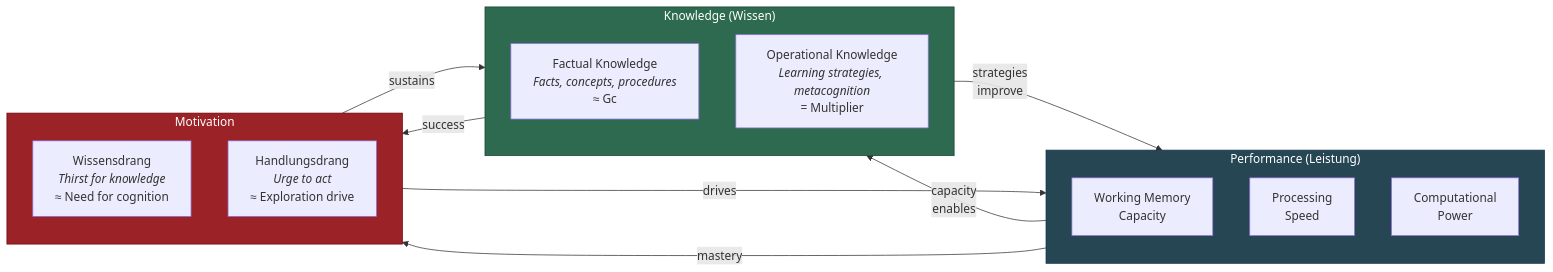
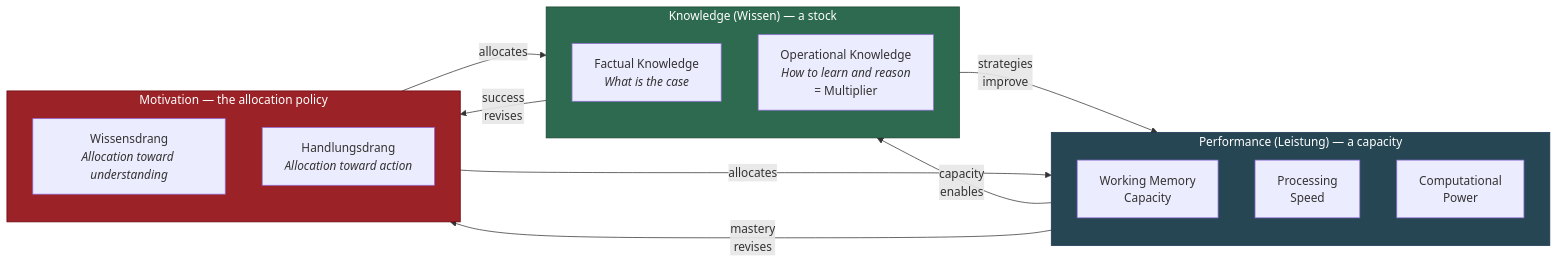
One commit to JeltzProstetnic/aIware changed the diagram in wiki/intelligence/three-components.md. Above: the diagram before and after it, drawn with Mermaid. The commit also changed other lines of this file and 124 other files, not shown here.

````diff
--- a/wiki/intelligence/three-components.md
+++ b/wiki/intelligence/three-components.md
@@ -43,32 +56,32 @@
 ```mermaid
 graph LR
-    subgraph K["Knowledge (Wissen)"]
-        direction TB
-        FK["Factual Knowledge<br/><i>Facts, concepts, procedures</i><br/>≈ Gc"]
-        OK["Operational Knowledge<br/><i>Learning strategies, metacognition</i><br/>= Multiplier"]
-    end
-
-    subgraph P["Performance (Leistung)"]
+    subgraph P["Performance (Leistung) — a capacity"]
         direction TB
         WM["Working Memory<br/>Capacity"]
         PS["Processing<br/>Speed"]
         CP["Computational<br/>Power"]
     end
 
-    subgraph M["Motivation"]
+    subgraph K["Knowledge (Wissen) — a stock"]
         direction TB
-        WD["Wissensdrang<br/><i>Thirst for knowledge</i><br/>≈ Need for cognition"]
-        HD["Handlungsdrang<br/><i>Urge to act</i><br/>≈ Exploration drive"]
+        FK["Factual Knowledge<br/><i>What is the case</i>"]
+        OK["Operational Knowledge<br/><i>How to learn and reason</i><br/>= Multiplier"]
+    end
+
+    subgraph M["Motivation — the allocation policy"]
+        direction TB
+        WD["Wissensdrang<br/><i>Allocation toward understanding</i>"]
+        HD["Handlungsdrang<br/><i>Allocation toward action</i>"]
     end
 
     K -->|"strategies<br/>improve"| P
     P -->|"capacity<br/>enables"| K
-    M -->|"sustains"| K
-    M -->|"drives"| P
-    K -->|"success"| M
-    P -->|"mastery"| M
+    M -->|"allocates"| K
+    M -->|"allocates"| P
+    K -->|"success<br/>revises"| M
+    P -->|"mastery<br/>revises"| M
 
     style K fill:#2d6a4f,color:#fff,stroke:#1b4332
     style P fill:#264653,color:#fff,stroke:#1d3557
     style M fill:#9b2226,color:#fff,stroke:#6a040f
 ```
````
